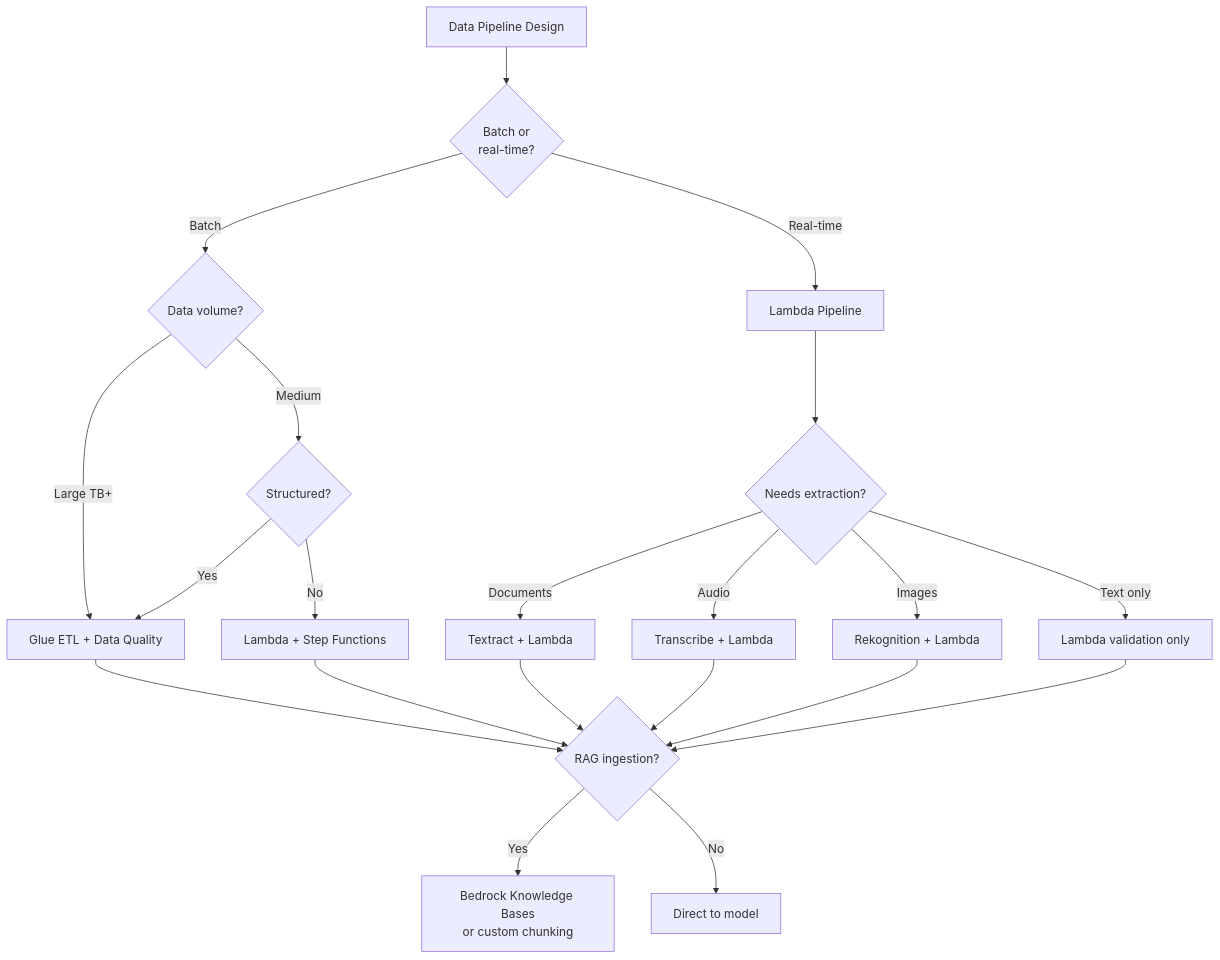
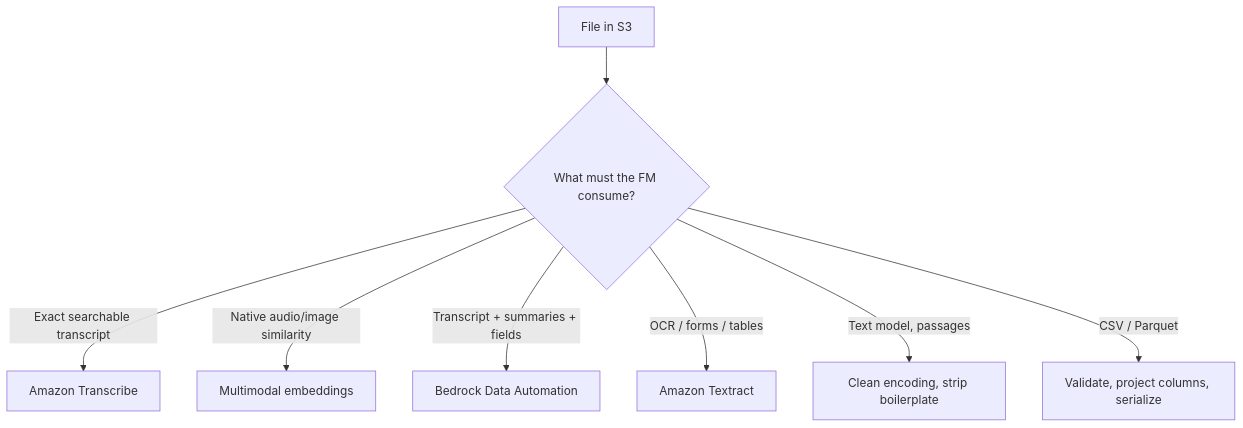
The second of 2 diagrams in src/data/content/domain-1/data-pipelines.md (bme3412/aws-ai-developer-redux), drawn with Mermaid before and after one commit. The commit also changed other lines of this file and 58 other files, not shown here.

````diff
--- a/src/data/content/domain-1/data-pipelines.md
+++ b/src/data/content/domain-1/data-pipelines.md
@@ -124,30 +107,10 @@
 ```mermaid
-graph TD
-    A[Data Pipeline Design] --> B{Batch or<br/>real-time?}
-
-    B -->|Batch| C{Data volume?}
-    B -->|Real-time| D[Lambda Pipeline]
-
-    C -->|Large TB+| E[Glue ETL + Data Quality]
-    C -->|Medium| F{Structured?}
-
-    F -->|Yes| E
-    F -->|No| G[Lambda + Step Functions]
-
-    D --> H{Needs extraction?}
-
-    H -->|Documents| I[Textract + Lambda]
-    H -->|Audio| J[Transcribe + Lambda]
-    H -->|Images| K[Rekognition + Lambda]
-    H -->|Text only| L[Lambda validation only]
-
-    E --> M{RAG ingestion?}
-    G --> M
-    I --> M
-    J --> M
-    K --> M
-    L --> M
-
-    M -->|Yes| N[Bedrock Knowledge Bases<br/>or custom chunking]
-    M -->|No| O[Direct to model]
+flowchart TD
+    F[File in S3] --> J{What must the FM consume?}
+    J -->|Exact searchable transcript| T[Amazon Transcribe]
+    J -->|Native audio/image similarity| MM[Multimodal embeddings]
+    J -->|Transcript + summaries + fields| BDA[Bedrock Data Automation]
+    J -->|OCR / forms / tables| TX[Amazon Textract]
+    J -->|Text model, passages| TXT[Clean encoding, strip boilerplate]
+    J -->|CSV / Parquet| TAB[Validate, project columns, serialize]
 ```
````
